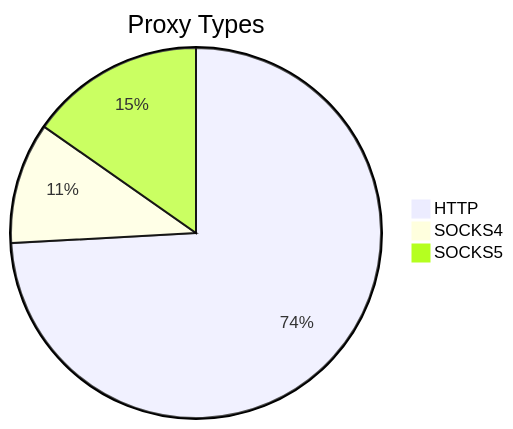
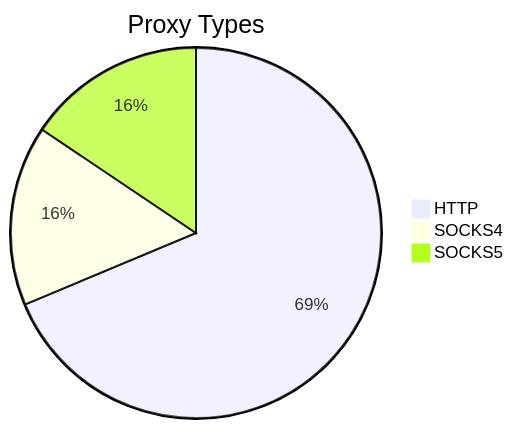
The first of 2 diagrams in README.md (stormsia/proxy-list), drawn with Mermaid before and after one commit. The commit also changed other lines of this file, not shown here.

````diff
--- a/README.md
+++ b/README.md
@@ -21,6 +21,6 @@
 ```mermaid
 pie title Proxy Types
-    "HTTP" : 427
-    "SOCKS4" : 61
-    "SOCKS5" : 88
+    "HTTP" : 529
+    "SOCKS4" : 121
+    "SOCKS5" : 120
 ```
````
